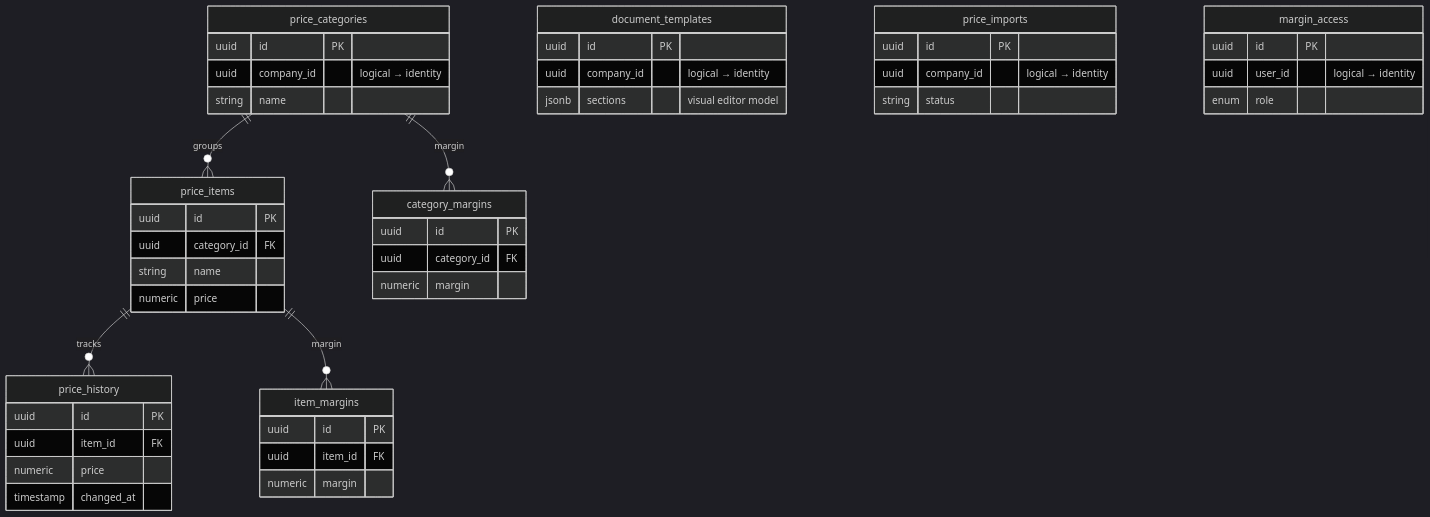
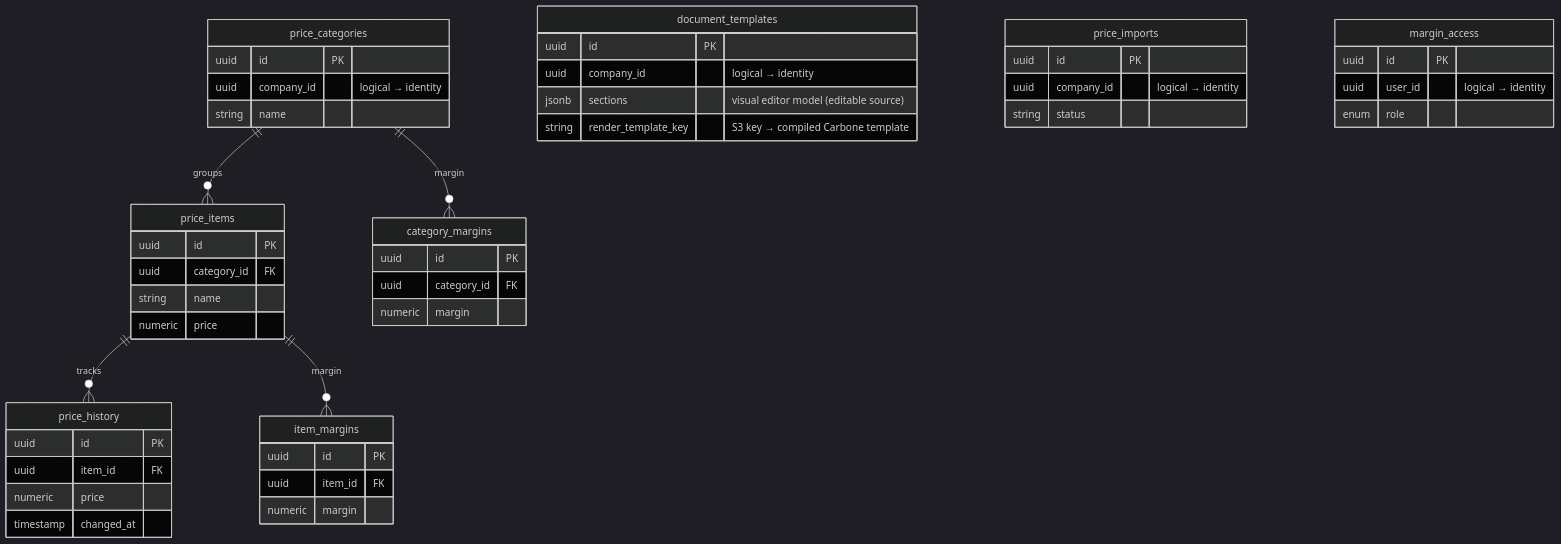
The seventh of 14 diagrams in docs/08-database-architecture.md (stoychev07-art/7X7-microservice), drawn with Mermaid (dark theme) before and after one commit. The commit also changed other lines of this file and 65 other files, not shown here.

First line of the commit message:
Enhance architecture and service documentation

````diff
--- a/docs/08-database-architecture.md
+++ b/docs/08-database-architecture.md
@@ -384,50 +430,51 @@
 ```mermaid
 erDiagram
     price_categories ||--o{ price_items : "groups"
     price_items ||--o{ price_history : "tracks"
     price_categories ||--o{ category_margins : "margin"
     price_items ||--o{ item_margins : "margin"
 
     document_templates {
         uuid id PK
         uuid company_id "logical → identity"
-        jsonb sections "visual editor model"
+        jsonb sections "visual editor model (editable source)"
+        string render_template_key "S3 key → compiled Carbone template"
     }
     price_categories {
         uuid id PK
         uuid company_id "logical → identity"
         string name
     }
     price_items {
         uuid id PK
         uuid category_id FK
         string name
         numeric price
     }
     price_history {
         uuid id PK
         uuid item_id FK
         numeric price
         timestamp changed_at
     }
     price_imports {
         uuid id PK
         uuid company_id "logical → identity"
         string status
     }
     category_margins {
         uuid id PK
         uuid category_id FK
         numeric margin
     }
     item_margins {
         uuid id PK
         uuid item_id FK
         numeric margin
     }
     margin_access {
         uuid id PK
         uuid user_id "logical → identity"
         enum role
     }
 ```
````
